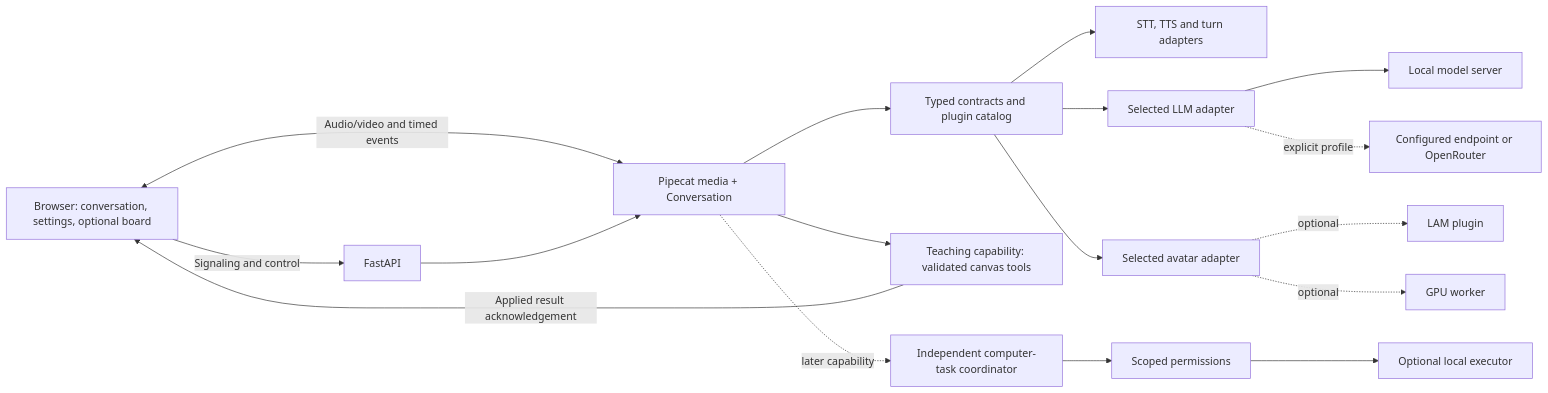
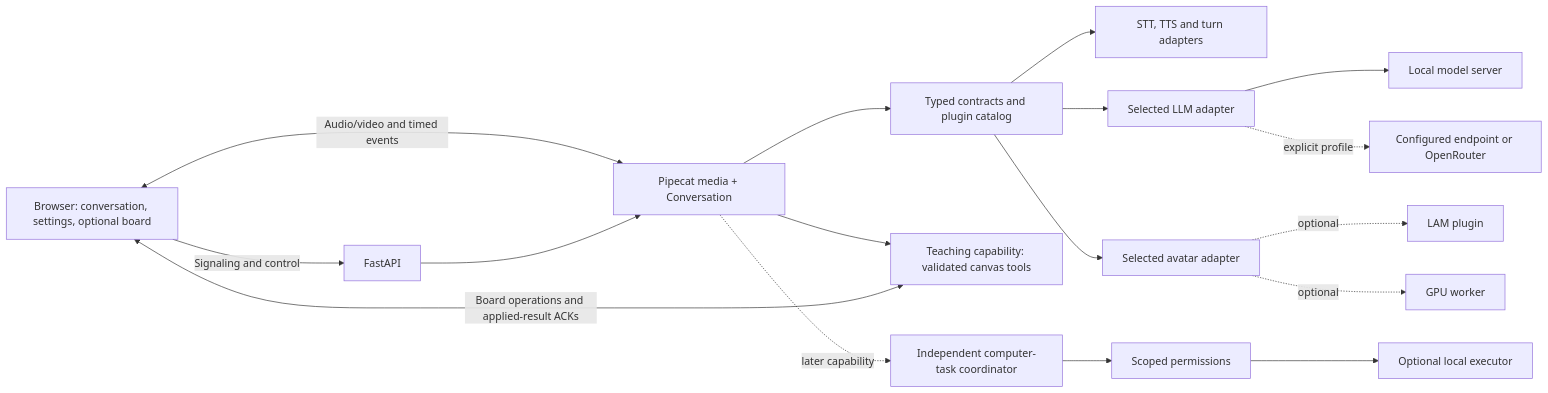
Before and after one commit to asb108/opentavus: the diagram in docs/design.md, drawn with Mermaid. The commit also changed 2 other files, not shown here.

Commit message:
Clarify board acknowledgements and record plan verification

````diff
--- a/docs/design.md
+++ b/docs/design.md
@@ -127,19 +127,19 @@
 ```mermaid
 flowchart LR
     User[Browser: conversation, settings, optional board] -->|Signaling and control| API[FastAPI]
     User <-->|Audio/video and timed events| Runtime[Pipecat media + Conversation]
     API --> Runtime
     Runtime --> Contracts[Typed contracts and plugin catalog]
     Contracts --> Speech[STT, TTS and turn adapters]
     Contracts --> Reasoning[Selected LLM adapter]
     Reasoning --> Local[Local model server]
     Reasoning -. explicit profile .-> Hosted[Configured endpoint or OpenRouter]
     Contracts --> Avatar[Selected avatar adapter]
     Runtime --> Tools[Teaching capability: validated canvas tools]
-    Tools -->|Applied result acknowledgement| User
+    Tools <-->|Board operations and applied-result ACKs| User
     Avatar -. optional .-> LAM[LAM plugin]
     Avatar -. optional .-> GPU[GPU worker]
     Runtime -. later capability .-> Tasks[Independent computer-task coordinator]
     Tasks --> Permission[Scoped permissions]
     Permission --> Executor[Optional local executor]
 ```
````
